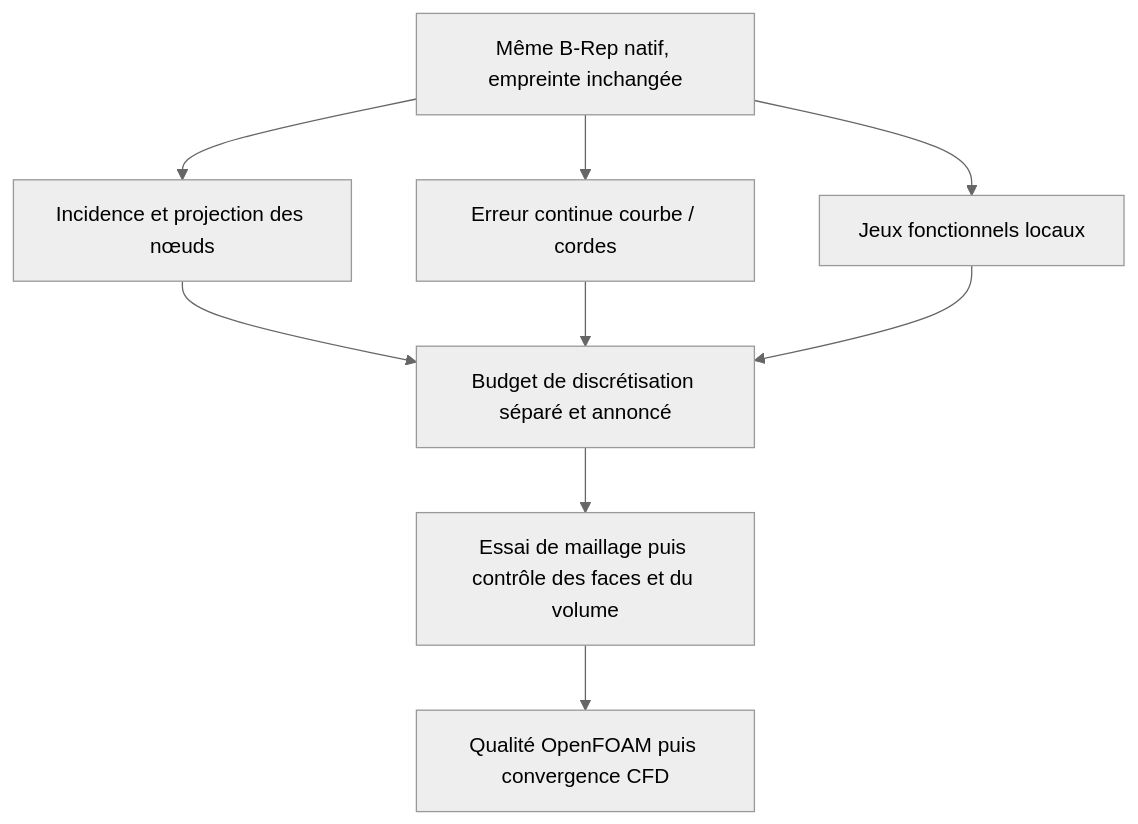
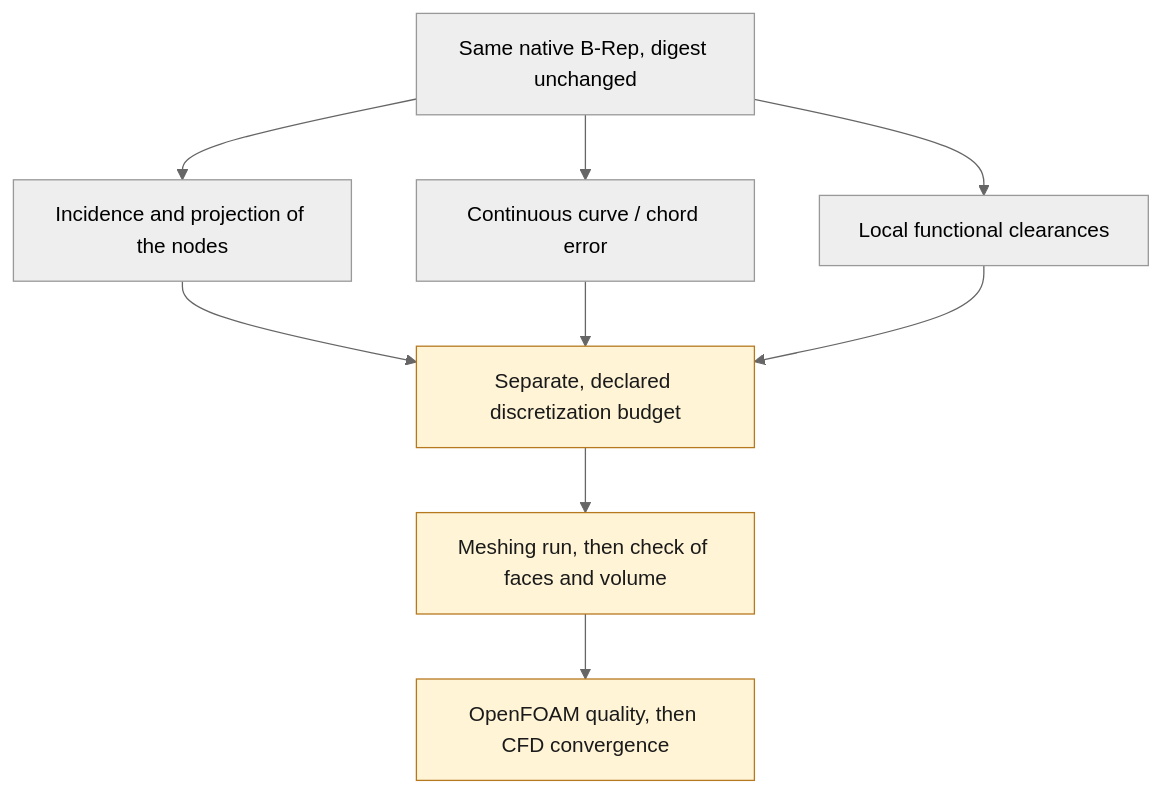
One commit to cluster2600/porscheparts changed the diagram in docs/reports/M64_NATIVE_EDGE_APPROXIMATION_20260908.md. Above: the diagram before and after it, drawn with Mermaid (neutral theme). The commit also changed other lines of this file and 228 other files, not shown here.

````diff
--- a/docs/reports/M64_NATIVE_EDGE_APPROXIMATION_20260908.md
+++ b/docs/reports/M64_NATIVE_EDGE_APPROXIMATION_20260908.md
@@ -75,11 +75,13 @@
 ```mermaid
 flowchart TD
-    A["Même B-Rep natif, empreinte inchangée"] --> B["Incidence et projection des nœuds"]
-    A --> C["Erreur continue courbe / cordes"]
-    A --> D["Jeux fonctionnels locaux"]
-    B --> E["Budget de discrétisation séparé et annoncé"]
+    A["Same native B-Rep, digest unchanged"] --> B["Incidence and projection of the nodes"]
+    A --> C["Continuous curve / chord error"]
+    A --> D["Local functional clearances"]
+    B --> E["Separate, declared discretization budget"]
     C --> E
     D --> E
-    E --> F["Essai de maillage puis contrôle des faces et du volume"]
-    F --> G["Qualité OpenFOAM puis convergence CFD"]
+    E --> F["Meshing run, then check of faces and volume"]
+    F --> G["OpenFOAM quality, then CFD convergence"]
+    classDef open fill:#fff4d6,stroke:#b7791f,color:#1a1a1a;
+    class E,F,G open
 ```
````
